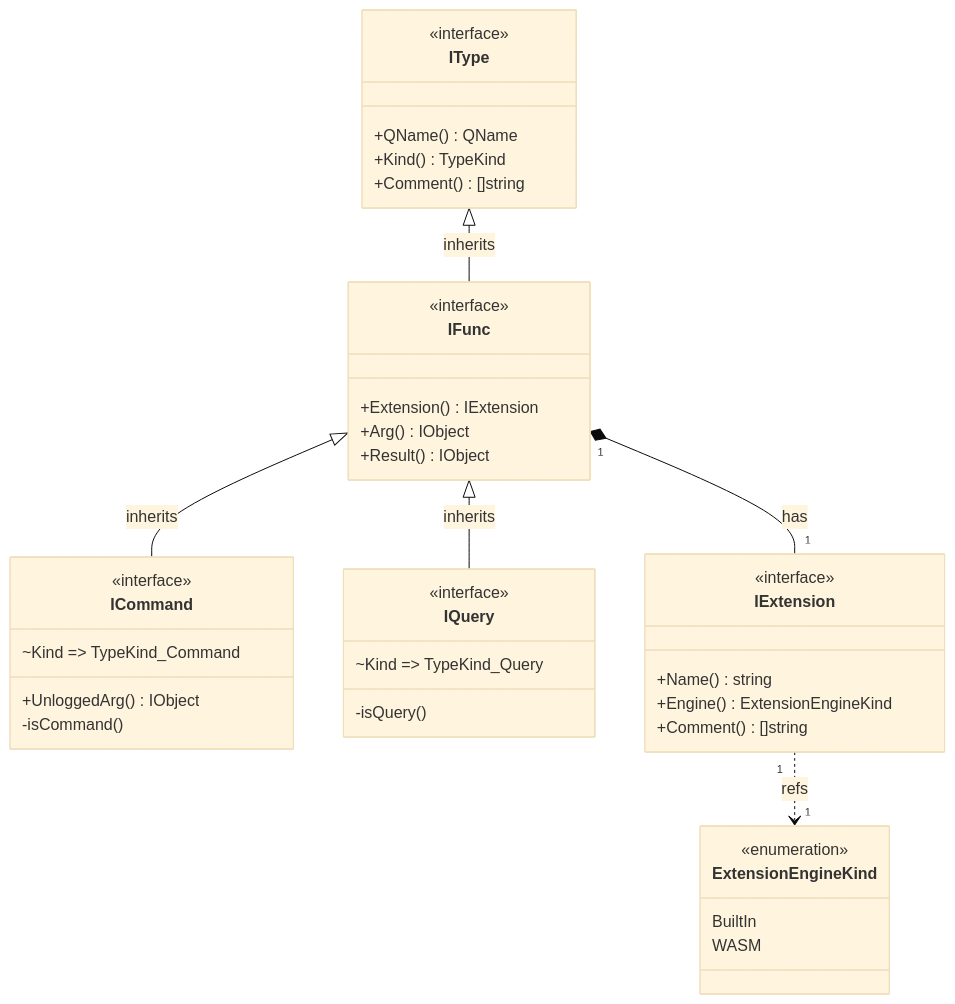
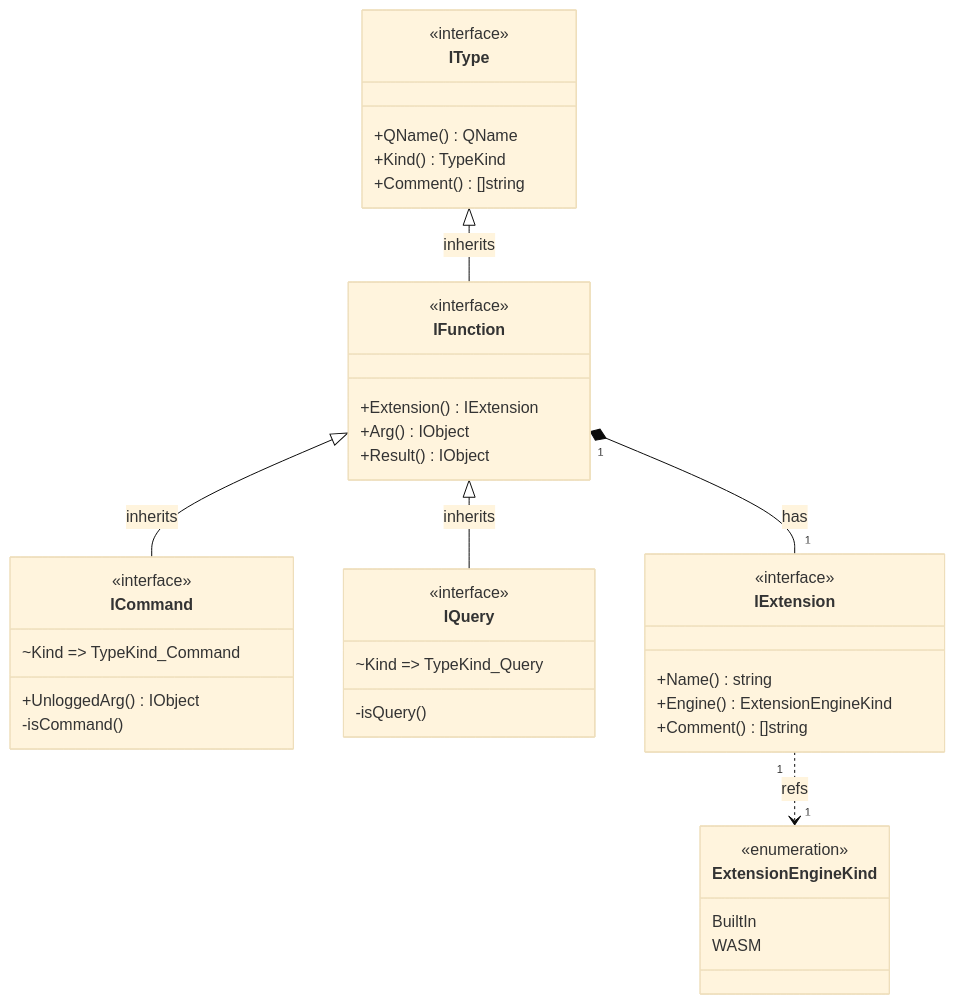
Before and after one commit to voedger/voedger: the seventh of 7 diagrams in pkg/appdef/README.md, drawn with Mermaid (base theme). The commit also changed other lines of this file and 15 other files, not shown here.

Commit message:
rename IFunc -> IFunction

````diff
--- a/pkg/appdef/README.md
+++ b/pkg/appdef/README.md
@@ -787,50 +787,50 @@
 ```mermaid
 classDiagram
     
     direction TB
 
     class IType {
         <<interface>>
         +QName() QName
         +Kind() TypeKind
         +Comment() []string
     }
 
-    IType <|-- IFunc : inherits
-    class IFunc {
+    IType <|-- IFunction : inherits
+    class IFunction {
         <<interface>>
         +Extension() IExtension
         +Arg() IObject
         +Result() IObject
     }
 
-    IFunc <|-- ICommand : inherits
+    IFunction <|-- ICommand : inherits
     class ICommand {
         <<interface>>
         ~Kind => TypeKind_Command
         +UnloggedArg() IObject
         -isCommand()
     }
 
-    IFunc <|-- IQuery : inherits
+    IFunction <|-- IQuery : inherits
     class IQuery {
         <<interface>>
         ~Kind => TypeKind_Query
         -isQuery()
     }
 
-    IFunc "1" *-- "1" IExtension : has
+    IFunction "1" *-- "1" IExtension : has
     class IExtension {
         <<interface>>
         +Name() string
         +Engine() ExtensionEngineKind
         +Comment() []string
     }
 
     IExtension "1" ..> "1" ExtensionEngineKind : refs
     class ExtensionEngineKind {
         <<enumeration>>
         BuiltIn
         WASM
     }
 ```
````
